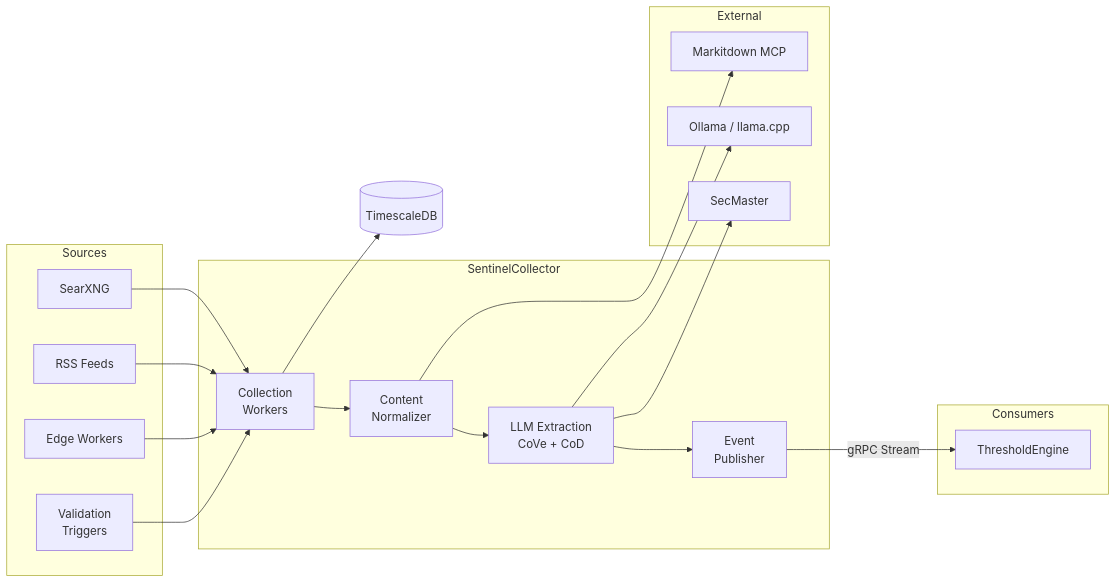
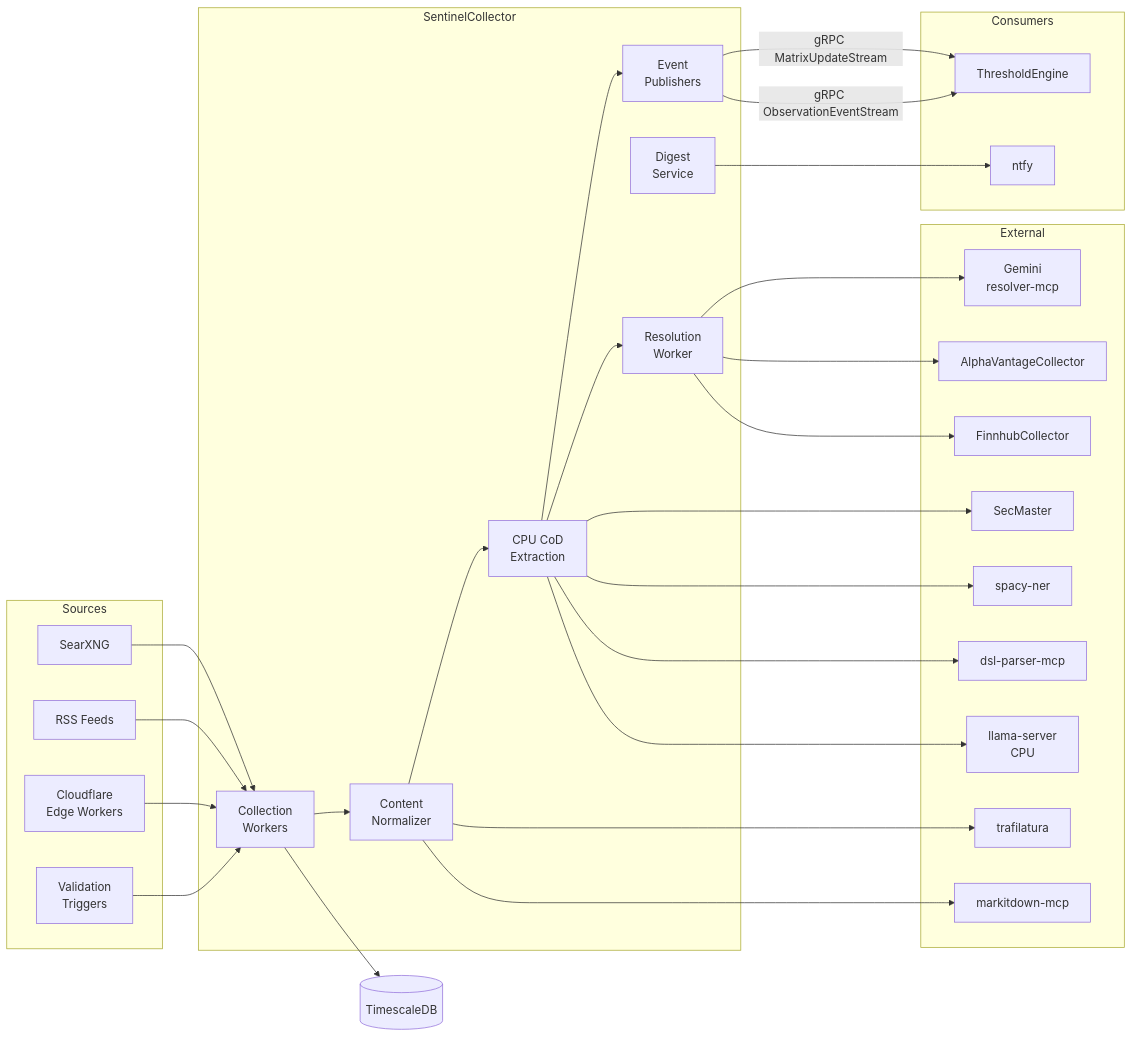
One commit to jpansarasa/ATLAS-Docs changed the diagram in SentinelCollector/README.md. Above: the diagram before and after it, drawn with Mermaid. The commit also changed other lines of this file, not shown here.

````diff
--- a/SentinelCollector/README.md
+++ b/SentinelCollector/README.md
@@ -11,39 +11,57 @@
 ```mermaid
 flowchart LR
     subgraph Sources
         SX[SearXNG]
         RSS[RSS Feeds]
-        EW[Edge Workers]
+        EW[Cloudflare<br/>Edge Workers]
         VT[Validation<br/>Triggers]
     end
 
     subgraph SentinelCollector
         CW[Collection<br/>Workers]
         NZ[Content<br/>Normalizer]
-        EX[LLM Extraction<br/>CoVe + CoD]
-        PUB[Event<br/>Publisher]
+        EX[CPU CoD<br/>Extraction]
+        RES[Resolution<br/>Worker]
+        DG[Digest<br/>Service]
+        PUB[Event<br/>Publishers]
     end
 
     subgraph External
-        LLM[Ollama / llama.cpp]
-        MD[Markitdown MCP]
+        LLAMA[llama-server<br/>CPU]
+        DSL[dsl-parser-mcp]
+        MD[markitdown-mcp]
+        TRF[trafilatura]
+        SPACY[spacy-ner]
         SM[SecMaster]
+        FH[FinnhubCollector]
+        AV[AlphaVantageCollector]
+        GEM[Gemini<br/>resolver-mcp]
     end
 
     subgraph Consumers
         TE[ThresholdEngine]
+        NTFY[ntfy]
     end
 
     SX --> CW
     RSS --> CW
     EW --> CW
     VT --> CW
     CW --> DB[(TimescaleDB)]
     CW --> NZ
     NZ --> MD
+    NZ --> TRF
     NZ --> EX
-    EX --> LLM
+    EX --> LLAMA
+    EX --> DSL
+    EX --> SPACY
     EX --> SM
+    EX --> RES
+    RES --> FH
+    RES --> AV
+    RES --> GEM
     EX --> PUB
-    PUB -->|gRPC Stream| TE
+    PUB -->|gRPC ObservationEventStream| TE
+    PUB -->|gRPC MatrixUpdateStream| TE
+    DG --> NTFY
 ```
````
